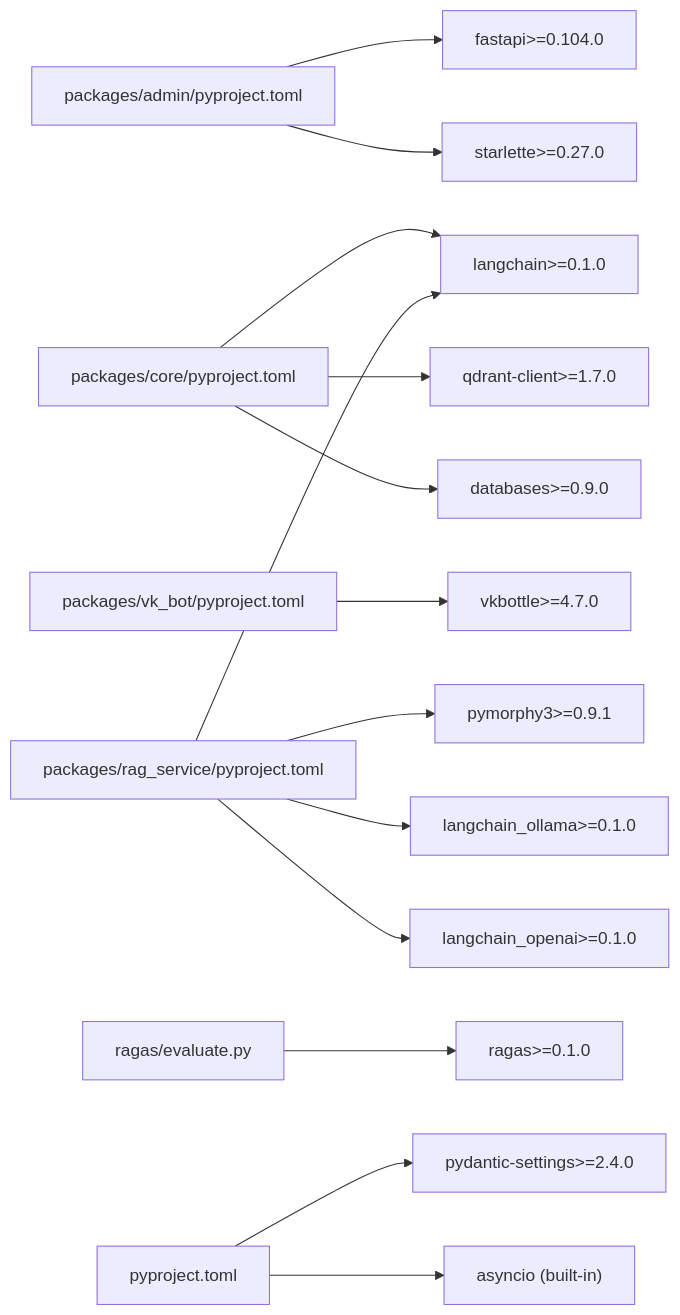
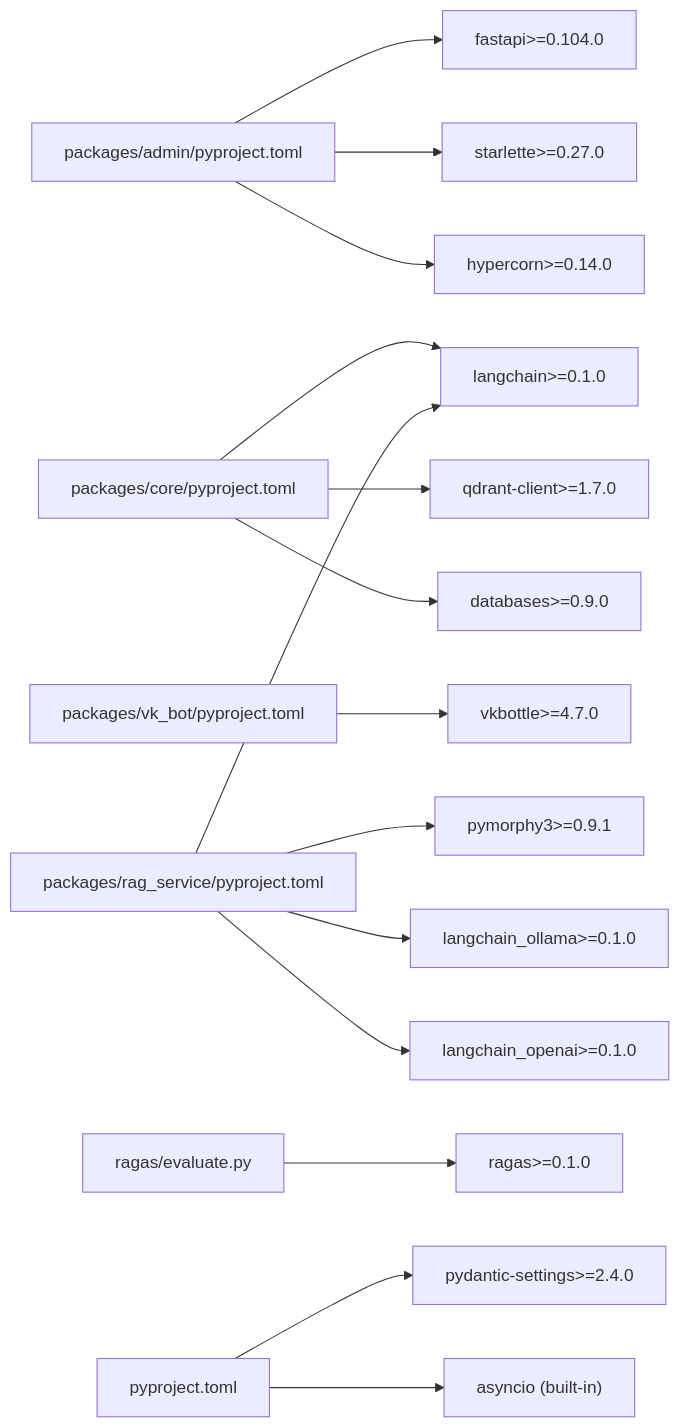
The fourth of 4 diagrams in .qoder/repowiki/en/content/API Reference/API Reference.md (ognelis/cafetera_hr_bot), drawn with Mermaid before and after one commit. The commit also changed other lines of this file and 12 other files, not shown here.

````diff
--- a/.qoder/repowiki/en/content/API Reference/API Reference.md
+++ b/.qoder/repowiki/en/content/API Reference/API Reference.md
@@ -1107,16 +1233,17 @@
 ```mermaid
 graph LR
 P_ADMIN["packages/admin/pyproject.toml"] --> FA["fastapi>=0.104.0"]
 P_ADMIN --> ST["starlette>=0.27.0"]
+P_ADMIN --> HC["hypercorn>=0.14.0"]
 P_CORE["packages/core/pyproject.toml"] --> LC["langchain>=0.1.0"]
 P_CORE --> QC["qdrant-client>=1.7.0"]
 P_CORE --> DB["databases>=0.9.0"]
 P_VK["packages/vk_bot/pyproject.toml"] --> VB["vkbottle>=4.7.0"]
 P_RAG["packages/rag_service/pyproject.toml"] --> LC["langchain>=0.1.0"]
 P_RAG --> PM["pymorphy3>=0.9.1"]
 P_RAG --> LO["langchain_ollama>=0.1.0"]
 P_RAG --> LOP["langchain_openai>=0.1.0"]
 P_EVAL["ragas/evaluate.py"] --> RAGAS["ragas>=0.1.0"]
 P_ALL["pyproject.toml"] --> PS["pydantic-settings>=2.4.0"]
 P_ALL --> AS["asyncio (built-in)"]
 ```
````
